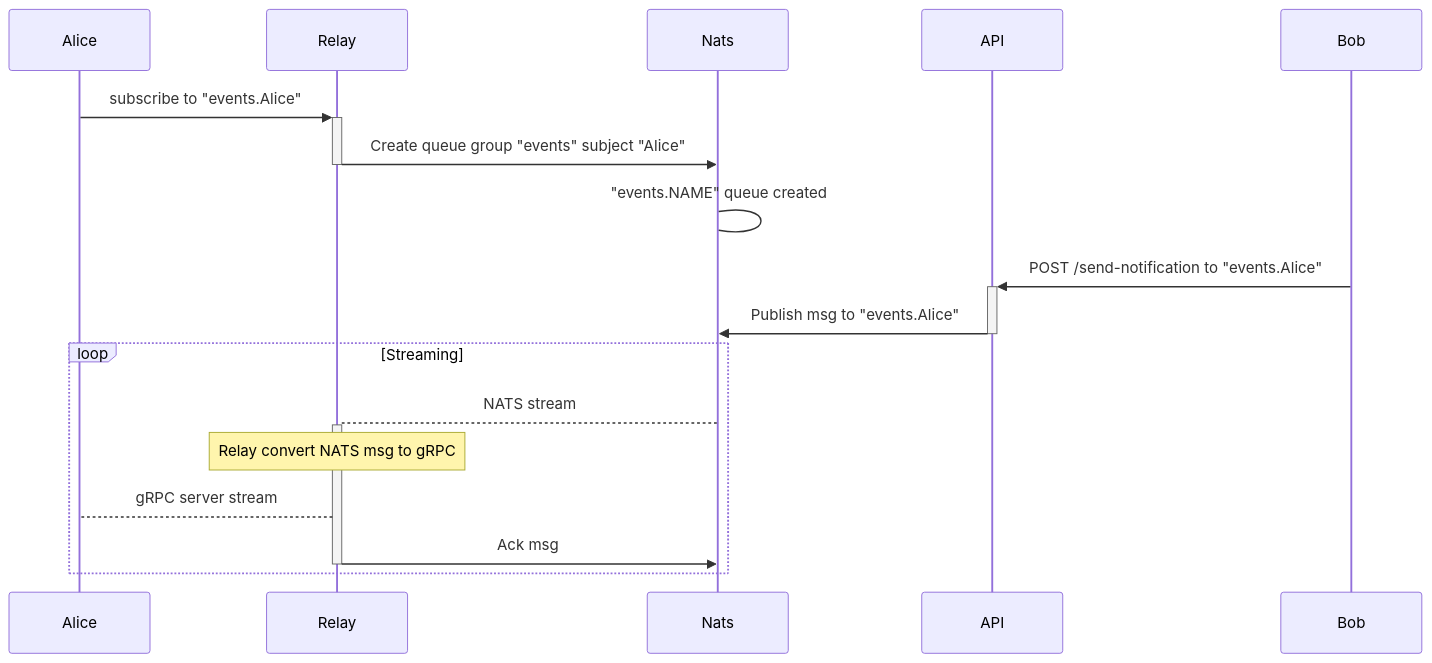
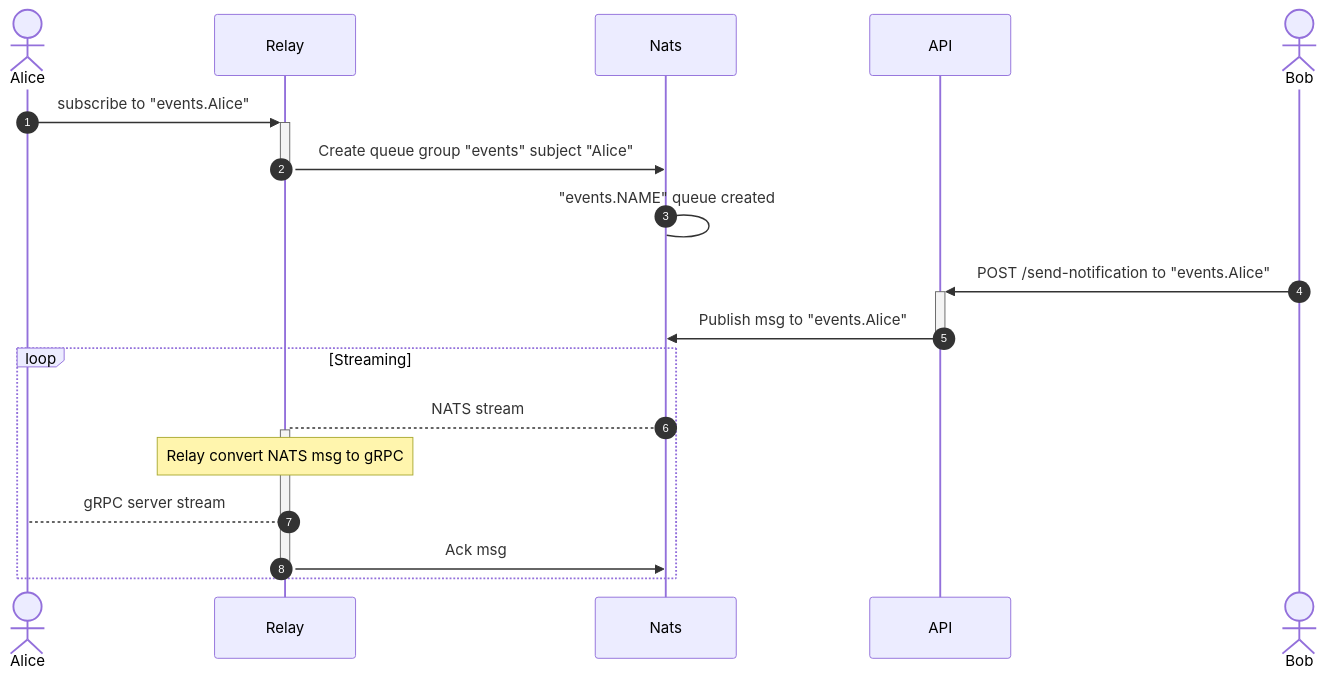
Before and after one commit to Inveracity/svelte-grpc-stream: the diagram in docs/readme.md, drawn with Mermaid.

Commit message:
make bob and alice actors

````diff
--- a/docs/readme.md
+++ b/docs/readme.md
@@ -18,23 +18,24 @@
 ```mermaid
 sequenceDiagram
-participant Alice
+autonumber
+actor Alice
 participant Relay
 participant Nats
 participant API
-participant Bob
+actor Bob
 
 Alice ->>+ Relay: subscribe to "events.Alice"
 Relay ->>- Nats: Create queue group "events" subject "Alice"
 Nats -> Nats: "events.NAME" queue created
 
 Bob ->>+ API: POST /send-notification to "events.Alice"
 API ->>- Nats: Publish msg to "events.Alice"
 
 loop Streaming
     Nats -->+ Relay: NATS stream
     Note over Relay: Relay convert NATS msg to gRPC
     Relay --> Alice: gRPC server stream
 
     Relay ->>- Nats: Ack msg
 end
 ```
````
